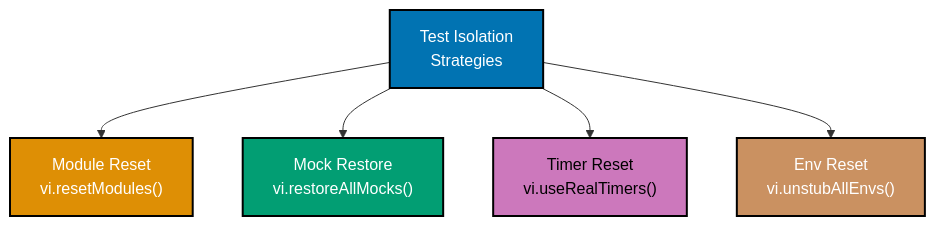
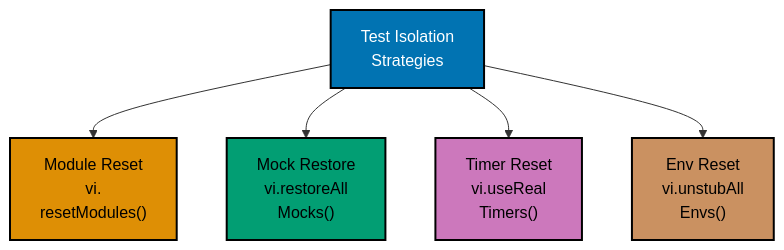
The ninth of 9 diagrams in apps/ayokoding-www/content/en/learn/legacy/software-engineering/automation-testing/tools/vitest/by-example/advanced.md (wahidyankf/ose-public), drawn with Mermaid before and after one commit. The commit also changed other lines of this file and 131 other files, not shown here.

First line of the commit message:
fix(mermaid): bring the legacy data, infrastructure, and testing diagrams onto the accessible palette

````diff
--- a/apps/ayokoding-www/content/en/learn/legacy/software-engineering/automation-testing/tools/vitest/by-example/advanced.md
+++ b/apps/ayokoding-www/content/en/learn/legacy/software-engineering/automation-testing/tools/vitest/by-example/advanced.md
@@ -2058,14 +2120,22 @@
 ```mermaid
 %% Color Palette: Blue #0173B2, Orange #DE8F05, Teal #029E73, Purple #CC78BC, Brown #CA9161
 graph TD
-    A["Test Isolation<br/>Strategies"] --> B["Module Reset<br/>vi.resetModules#40;#41;"]
-    A --> C["Mock Restore<br/>vi.restoreAllMocks#40;#41;"]
-    A --> D["Timer Reset<br/>vi.useRealTimers#40;#41;"]
-    A --> E["Env Reset<br/>vi.unstubAllEnvs#40;#41;"]
+    accTitle: Example 85: Test Isolation Patterns - Preventing State Leaks
+    accDescr: Graph with 5 nodes and 4 connections. Nodes: Test Isolation Strategies, Module Reset vi. resetModules4041, Mock Restore vi.restoreAll Mocks4041, Timer Reset vi.useReal Timers4041, Env Reset vi.unstubAll Envs4041. Connections: Test Isolation Strategies to Module Reset vi. resetModules4041, Test Isolation Strategies to Mock Restore vi.restoreAll Mocks4041, Test Isolation Strategies to Timer Reset vi.useReal Timers4041, Test Isolation Strategies to Env Reset vi.unstubAll Envs4041.
+    A["Test Isolation<br/>Strategies"] --> B["Module Reset<br/>vi.<br/>resetModules#40;#41;"]
+    A --> C["Mock Restore<br/>vi.restoreAll<br/>Mocks#40;#41;"]
+    A --> D["Timer Reset<br/>vi.useReal<br/>Timers#40;#41;"]
+    A --> E["Env Reset<br/>vi.unstubAll<br/>Envs#40;#41;"]
 
-    style A fill:#0173B2,stroke:#000000,stroke-width:2px,color:#fff
-    style B fill:#DE8F05,stroke:#000000,stroke-width:2px,color:#fff
-    style C fill:#029E73,stroke:#000000,stroke-width:2px,color:#fff
-    style D fill:#CC78BC,stroke:#000000,stroke-width:2px,color:#000
-    style E fill:#CA9161,stroke:#000000,stroke-width:2px,color:#fff
+    classDef pal-0173B2 fill:#0173B2,stroke:#000000,color:#FFFFFF,stroke-width:2px
+    class A pal-0173B2
+    classDef pal-DE8F05 fill:#DE8F05,stroke:#000000,color:#000000,stroke-width:2px
+    class B pal-DE8F05
+    classDef pal-029E73 fill:#029E73,stroke:#000000,color:#000000,stroke-width:2px
+    class C pal-029E73
+    classDef pal-CC78BC fill:#CC78BC,stroke:#000000,color:#000000,stroke-width:2px
+    class D pal-CC78BC
+    classDef pal-CA9161 fill:#CA9161,stroke:#000000,color:#000000,stroke-width:2px
+    class E pal-CA9161
+    classDef default fill:#FFFFFF,stroke:#000000,color:#000000
 ```
````
